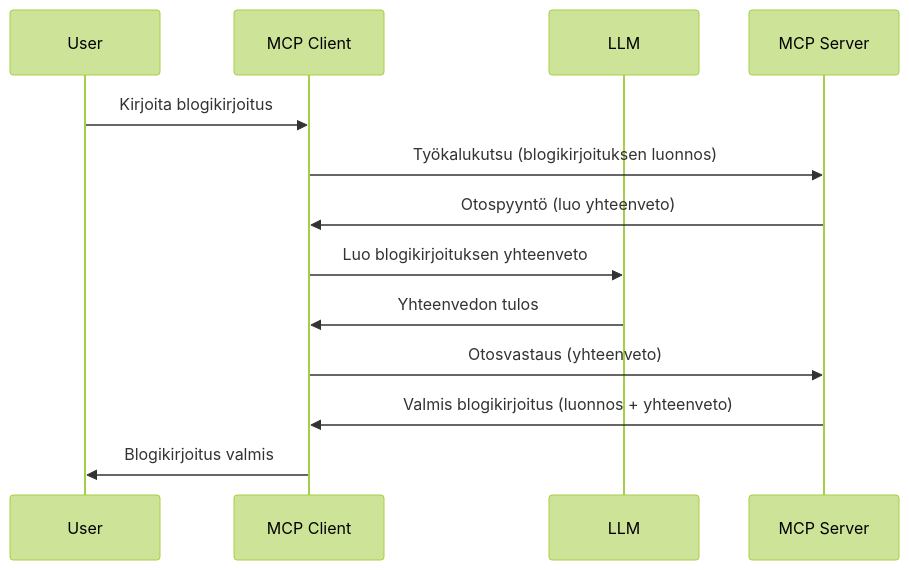
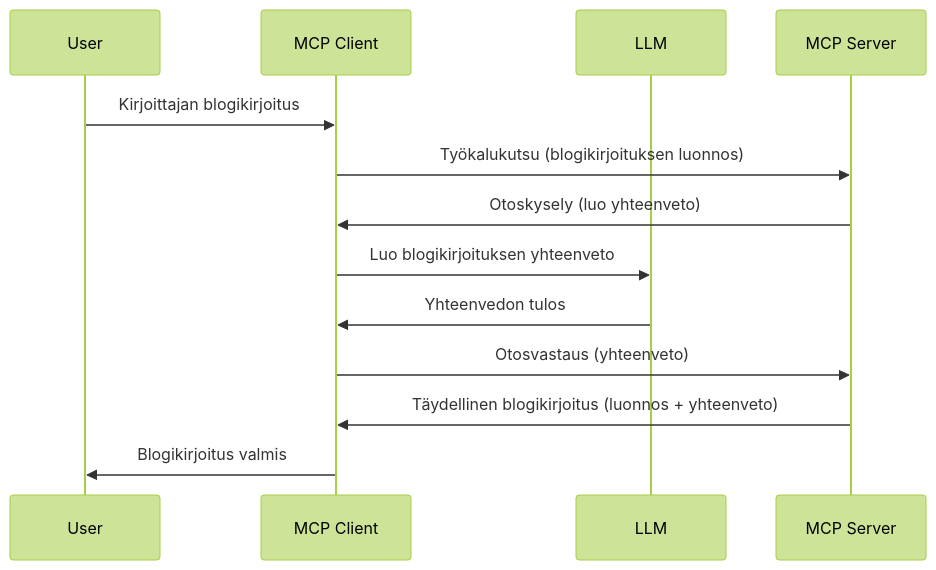
One commit to HIDORAKAI002/ai-workspace-archive changed the diagram in mcp_ecosystem__model_context_protocol/mcp_learning_resources/mcp-for-beginners/translations/fi/03-GettingStarted/14-sampling/README.md. Above: the diagram before and after it, drawn with Mermaid (forest theme). The commit also changed other lines of this file and 5721 other files, not shown here.

Commit message:
chore(sync): update MCP Python SDK, MCP TypeScript SDK, Supabase MCP, Kubernetes MCP Server, Git MCP, MCP Agent, Awesome ChatGPT Prompts, Langfuse, +62 more

````diff
--- a/mcp_ecosystem__model_context_protocol/mcp_learning_resources/mcp-for-beginners/translations/fi/03-GettingStarted/14-sampling/README.md
+++ b/mcp_ecosystem__model_context_protocol/mcp_learning_resources/mcp-for-beginners/translations/fi/03-GettingStarted/14-sampling/README.md
@@ -25,16 +27,16 @@
 ```mermaid
 sequenceDiagram
     participant User
     participant MCP Client
     participant LLM
     participant MCP Server
 
-    User->>MCP Client: Kirjoita blogikirjoitus
+    User->>MCP Client: Kirjoittajan blogikirjoitus
     MCP Client->>MCP Server: Työkalukutsu (blogikirjoituksen luonnos)
-    MCP Server->>MCP Client: Otospyyntö (luo yhteenveto)
+    MCP Server->>MCP Client: Otoskysely (luo yhteenveto)
     MCP Client->>LLM: Luo blogikirjoituksen yhteenveto
     LLM->>MCP Client: Yhteenvedon tulos
     MCP Client->>MCP Server: Otosvastaus (yhteenveto)
-    MCP Server->>MCP Client: Valmis blogikirjoitus (luonnos + yhteenveto)
+    MCP Server->>MCP Client: Täydellinen blogikirjoitus (luonnos + yhteenveto)
     MCP Client->>User: Blogikirjoitus valmis
 ```
````
